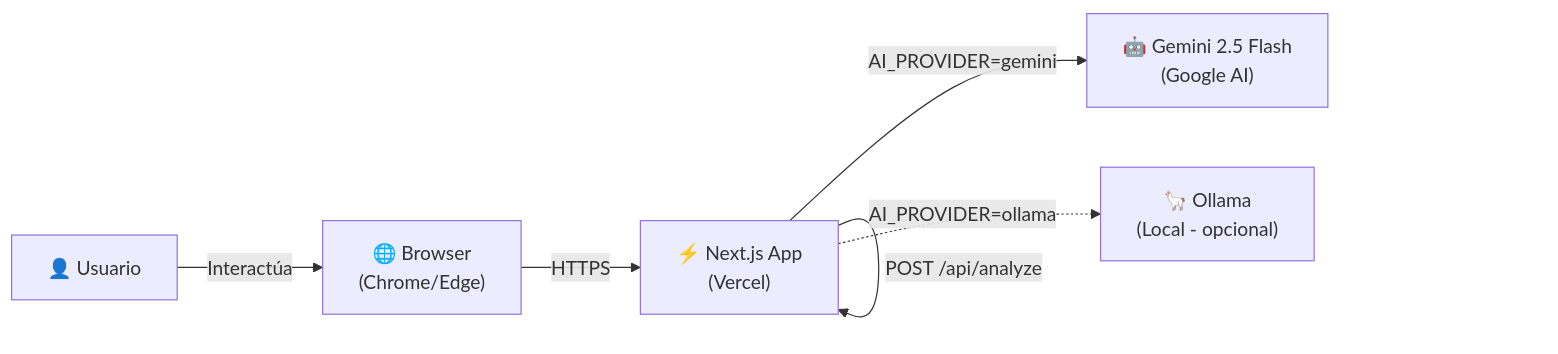
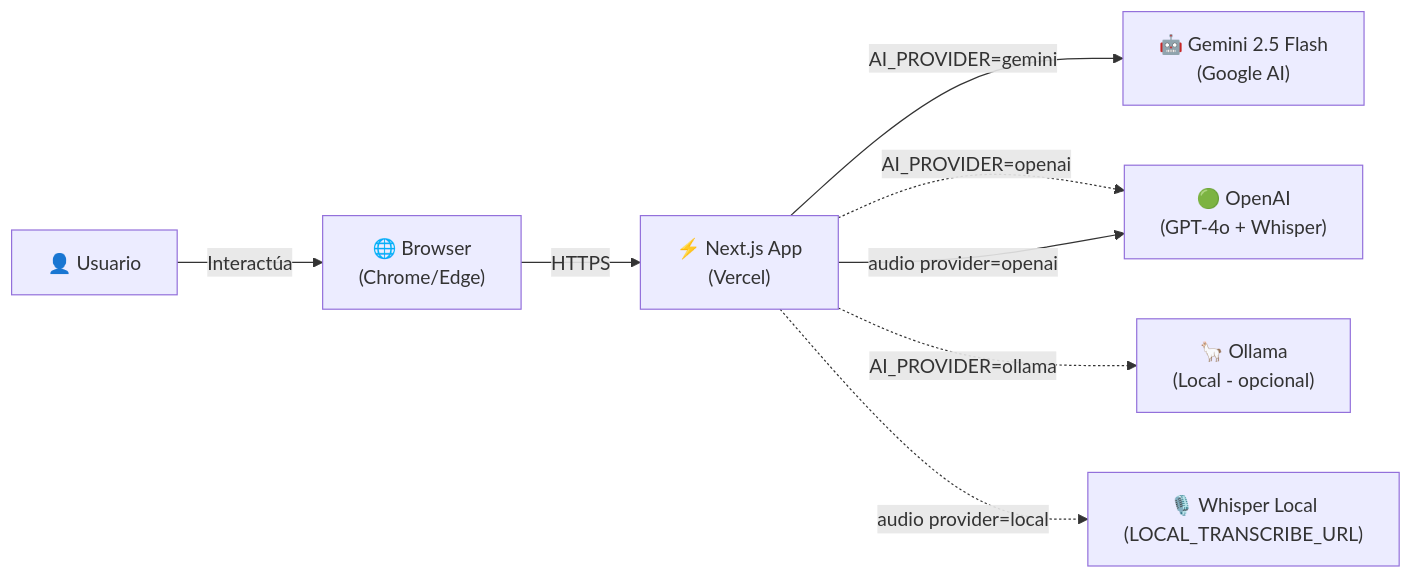
The first of 2 diagrams in docs/diagrams/DIAGRAMAS_COMPONENTES.md (Freddymhs/cerebrado), drawn with Mermaid before and after one commit. The commit also changed other lines of this file and 19 other files, not shown here.

````diff
--- a/docs/diagrams/DIAGRAMAS_COMPONENTES.md
+++ b/docs/diagrams/DIAGRAMAS_COMPONENTES.md
@@ -7,14 +7,18 @@
 ```mermaid
 flowchart LR
     Usuario["👤 Usuario"]
     Browser["🌐 Browser\n(Chrome/Edge)"]
     NextApp["⚡ Next.js App\n(Vercel)"]
     GeminiAPI["🤖 Gemini 2.5 Flash\n(Google AI)"]
+    OpenAIAPI["🟢 OpenAI\n(GPT-4o + Whisper)"]
     OllamaLocal["🦙 Ollama\n(Local - opcional)"]
+    LocalWhisper["🎙️ Whisper Local\n(LOCAL_TRANSCRIBE_URL)"]
 
     Usuario -->|"Interactúa"| Browser
     Browser -->|"HTTPS"| NextApp
-    NextApp -->|"POST /api/analyze"| NextApp
     NextApp -->|"AI_PROVIDER=gemini"| GeminiAPI
+    NextApp -.->|"AI_PROVIDER=openai"| OpenAIAPI
     NextApp -.->|"AI_PROVIDER=ollama"| OllamaLocal
+    NextApp -->|"audio provider=openai"| OpenAIAPI
+    NextApp -.->|"audio provider=local"| LocalWhisper
 ```
````
